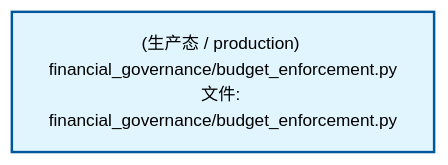
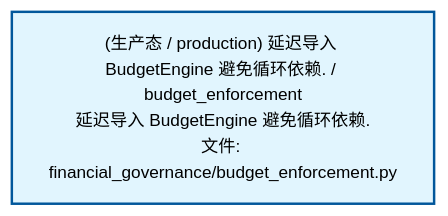
Before and after one commit to xuanFelixVan/ZephyrAlpha: the second of 3 diagrams in docs/02_enterprise_architecture/02_domain_architecture_docs/54_d_gov_repair.md, drawn with Mermaid. The commit also changed other lines of this file and 60 other files, not shown here.

````diff
--- a/docs/02_enterprise_architecture/02_domain_architecture_docs/54_d_gov_repair.md
+++ b/docs/02_enterprise_architecture/02_domain_architecture_docs/54_d_gov_repair.md
@@ -85,10 +85,10 @@
 ```mermaid
 %%{init: {'theme': 'base', 'themeVariables': {'primaryColor': '#eaeaea', 'primaryTextColor': '#333333', 'primaryBorderColor': '#666666', 'lineColor': '#666666', 'secondaryColor': '#eaeaea', 'tertiaryColor': '#eaeaea', 'fontSize': '14px'}}}%%
 flowchart TD
-    src_zephyr_governance_financial_governance_budget_enforcement_py["(生产态 / production) financial_governance/budget_enforcement.py<br/>文件: financial_governance/budget_enforcement.py"]
+    src_zephyr_governance_financial_governance_budget_enforcement_py["(生产态 / production) 延迟导入 BudgetEngine 避免循环依赖. / budget_enforcement<br/>延迟导入 BudgetEngine 避免循环依赖.<br/>文件: financial_governance/budget_enforcement.py"]
     classDef production fill:#e1f5fe,stroke:#01579b,stroke-width:2px,color:#000
     classDef design fill:#fff3e0,stroke:#e65100,stroke-width:2px,color:#000,stroke-dasharray: 5 5
     classDef external_prod fill:#e8f4fd,stroke:#0277bd,stroke-width:1px,color:#000
     classDef external_design fill:#fff8e7,stroke:#ef6c00,stroke-width:1px,color:#000,stroke-dasharray: 5 5
     class src_zephyr_governance_financial_governance_budget_enforcement_py production
 ```
````
